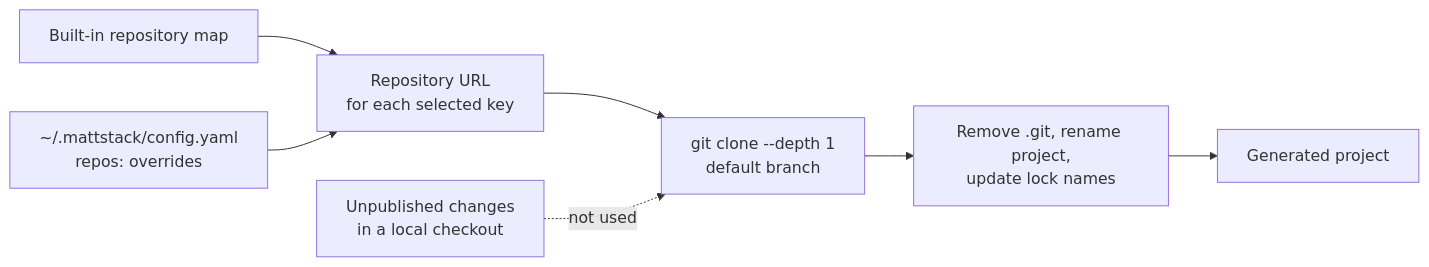
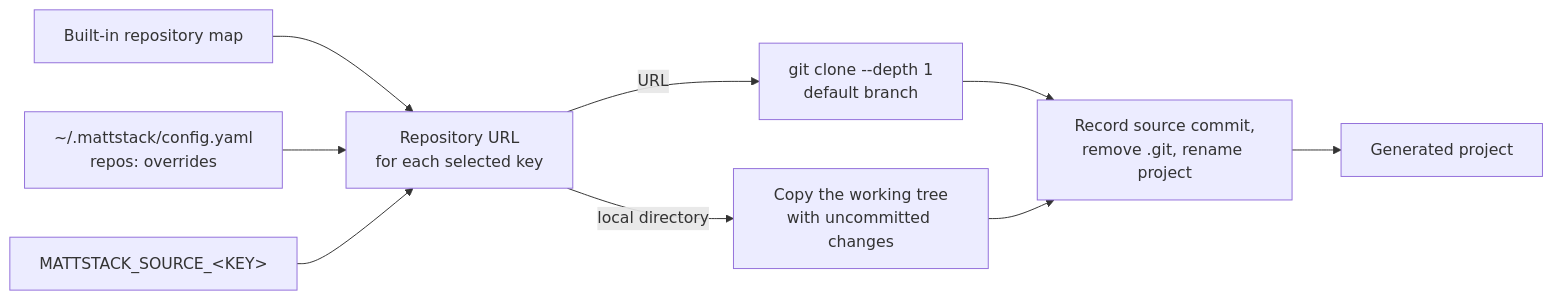
One commit to mattjaikaran/mattstack-cli changed the diagram in docs/ecosystem.md. Above: the diagram before and after it, drawn with Mermaid. The commit also changed other lines of this file and 6 other files, not shown here.

````diff
--- a/docs/ecosystem.md
+++ b/docs/ecosystem.md
@@ -12,9 +13,11 @@
 ```mermaid
 flowchart LR
     builtin["Built-in repository map"] --> map["Repository URL<br/>for each selected key"]
     user["~/.mattstack/config.yaml<br/>repos: overrides"] --> map
-    map --> clone["git clone --depth 1<br/>default branch"]
-    clone --> post["Remove .git, rename project,<br/>update lock names"]
+    env["MATTSTACK_SOURCE_&lt;KEY&gt;"] --> map
+    map -->|URL| clone["git clone --depth 1<br/>default branch"]
+    map -->|local directory| copy["Copy the working tree<br/>with uncommitted changes"]
+    clone --> post["Record source commit,<br/>remove .git, rename project"]
+    copy --> post
     post --> project["Generated project"]
-    local["Unpublished changes<br/>in a local checkout"] -. "not used" .-> clone
 ```
````
